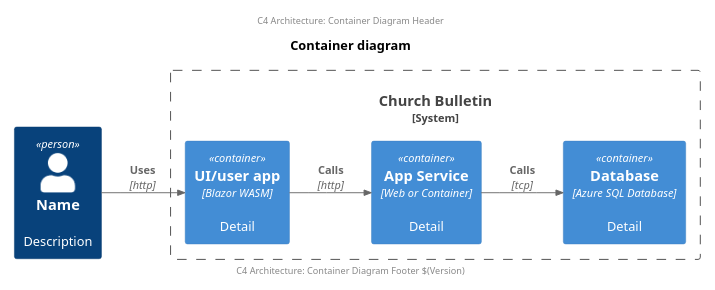
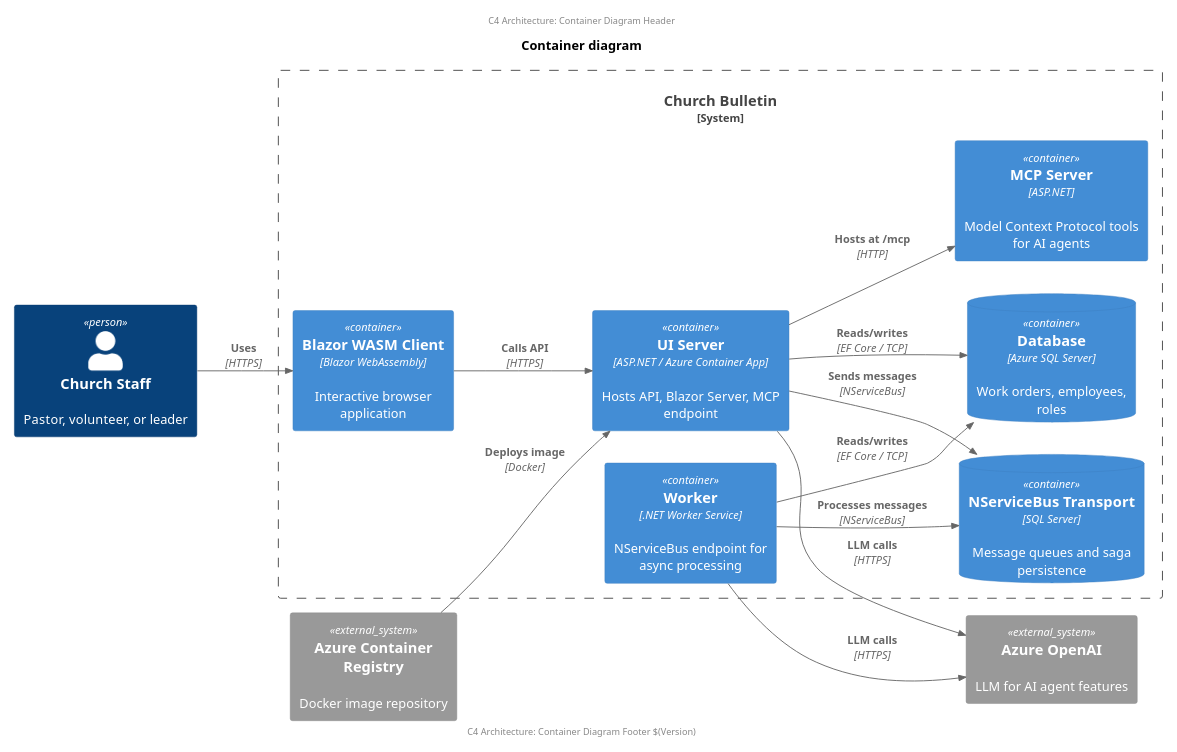
Before and after one commit to ClearMeasureLabs/bootcamp-palermo-workorders: the diagram in arch/arch-c4-container-deployment.puml, drawn with PlantUML. The commit also changed 27 other files, not shown here.

First line of the commit message:
Update architecture diagrams to match codebase, remove UpdateDescriptionCommand, fix flaky acceptance test

```diff
--- a/arch/arch-c4-container-deployment.puml
+++ b/arch/arch-c4-container-deployment.puml
@@ -1,28 +1,41 @@
 @startuml
 
 scale 2/3
 left to right direction
 center header
     C4 Architecture: Container Diagram Header
 endheader
 
 !includeurl https://raw.githubusercontent.com/RicardoNiepel/C4-PlantUML/master/C4_Container.puml
 
 title Container diagram 
 
-Person(someuser, "Name", "Description")
+Person(user, "Church Staff", "Pastor, volunteer, or leader")
 
 System_Boundary(system, "Church Bulletin") {
-    Container(db, "Database", "Azure SQL Database", "Detail")
-    Container(appservice, "App Service", "Web or Container", "Detail")
-    Container(ui, "UI/user app", "Blazor WASM", "Detail")
+    Container(ui, "Blazor WASM Client", "Blazor WebAssembly", "Interactive browser application")
+    Container(server, "UI Server", "ASP.NET / Azure Container App", "Hosts API, Blazor Server, MCP endpoint")
+    Container(worker, "Worker", ".NET Worker Service", "NServiceBus endpoint for async processing")
+    Container(mcpServer, "MCP Server", "ASP.NET", "Model Context Protocol tools for AI agents")
+    ContainerDb(db, "Database", "Azure SQL Server", "Work orders, employees, roles")
+    ContainerDb(nsbTransport, "NServiceBus Transport", "SQL Server", "Message queues and saga persistence")
 }
 
-Rel(someuser, ui, "Uses", "http")
-Rel(ui, appservice, "Calls", "http")
-Rel(appservice, db, "Calls", "tcp")
+System_Ext(azureOpenAI, "Azure OpenAI", "LLM for AI agent features")
+System_Ext(acr, "Azure Container Registry", "Docker image repository")
+
+Rel(user, ui, "Uses", "HTTPS")
+Rel(ui, server, "Calls API", "HTTPS")
+Rel(server, db, "Reads/writes", "EF Core / TCP")
+Rel(server, nsbTransport, "Sends messages", "NServiceBus")
+Rel(worker, nsbTransport, "Processes messages", "NServiceBus")
+Rel(worker, db, "Reads/writes", "EF Core / TCP")
+Rel(server, mcpServer, "Hosts at /mcp", "HTTP")
+Rel(server, azureOpenAI, "LLM calls", "HTTPS")
+Rel(worker, azureOpenAI, "LLM calls", "HTTPS")
+Rel(acr, server, "Deploys image", "Docker")
 
 center footer
     C4 Architecture: Container Diagram Footer $(Version)
 endfooter
 @enduml
```
